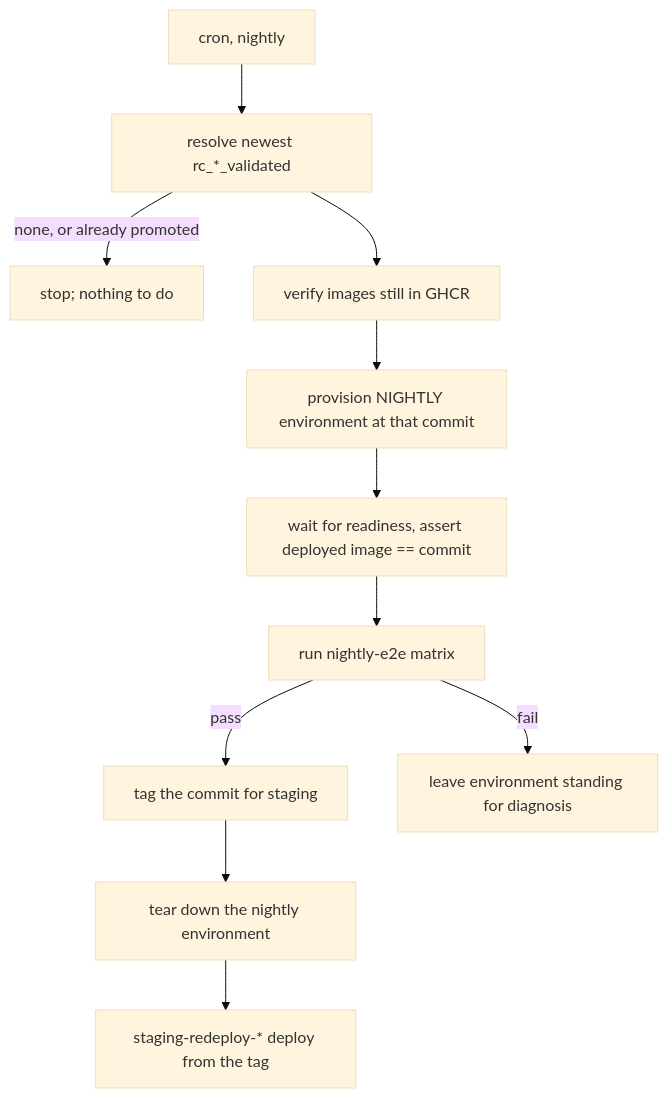
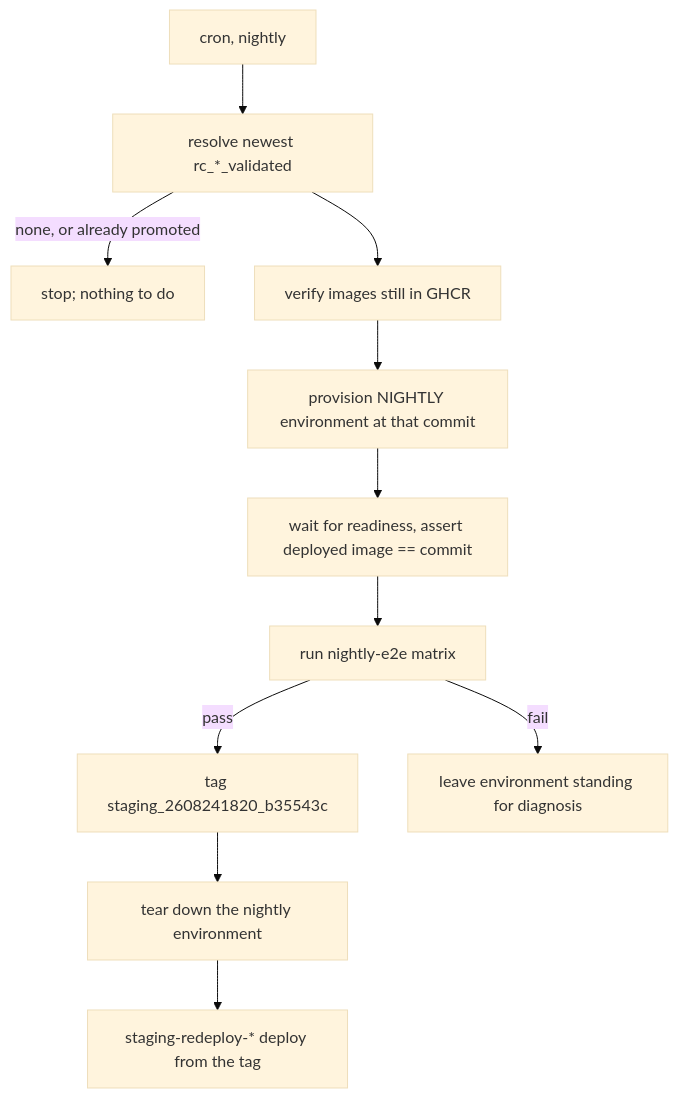
Before and after one commit to gke-agentic/kube-agents: the diagram in docs/designs/nightly-environment-and-staging-promotion.md, drawn with Mermaid (base theme). The commit also changed other lines of this file, not shown here.

First line of the commit message:
docs(designs): move the staging tag into the rc_* family

````diff
--- a/docs/designs/nightly-environment-and-staging-promotion.md
+++ b/docs/designs/nightly-environment-and-staging-promotion.md
@@ -149,13 +149,13 @@
 ```mermaid
 graph TD
     A["cron, nightly"] --> B["resolve newest rc_*_validated"]
     B -->|none, or already promoted| Z["stop; nothing to do"]
     B --> C["verify images still in GHCR"]
     C --> D["provision NIGHTLY environment at that commit"]
     D --> E["wait for readiness, assert deployed image == commit"]
     E --> F["run nightly-e2e matrix"]
-    F -->|pass| G["tag the commit for staging"]
+    F -->|pass| G["tag staging_2608241820_b35543c"]
     F -->|fail| H["leave environment standing for diagnosis"]
     G --> I["tear down the nightly environment"]
     I --> J["staging-redeploy-* deploy from the tag"]
 ```
````
